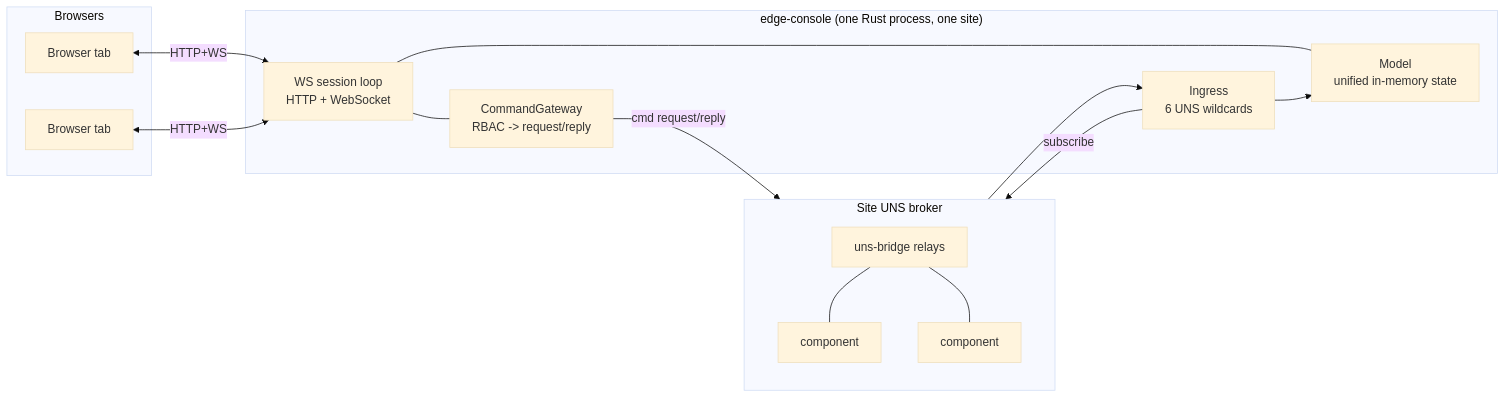
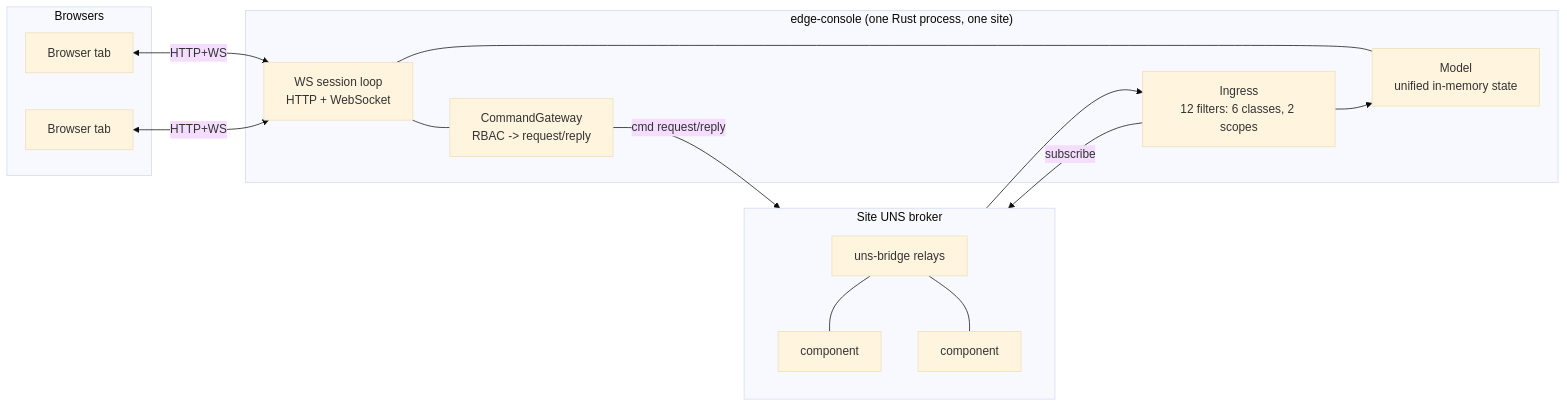
The first of 2 diagrams in docs/explanation.md (edgecommons/edge-console), drawn with Mermaid (base theme) before and after one commit. The commit also changed other lines of this file and 17 other files, not shown here.

````diff
--- a/docs/explanation.md
+++ b/docs/explanation.md
@@ -13,25 +13,25 @@
 ```mermaid
 flowchart LR
   subgraph Browsers
     B1[Browser tab]
     B2[Browser tab]
   end
   subgraph Console["edge-console (one Rust process, one site)"]
     WS[WS session loop<br/>HTTP + WebSocket]
     FM[Model<br/>unified in-memory state]
-    BI[Ingress<br/>6 UNS wildcards]
+    BI[Ingress<br/>12 filters: 6 classes, 2 scopes]
     CG[CommandGateway<br/>RBAC -> request/reply]
   end
   subgraph Bus["Site UNS broker"]
     UB[uns-bridge relays]
     C1[component]
     C2[component]
   end
   B1 & B2 <-->|HTTP+WS| WS
   WS --- FM
   WS --- CG
   BI -->|subscribe| Bus
   Bus --> BI --> FM
   CG -->|cmd request/reply| Bus
   UB --- C1 & C2
 ```
````
